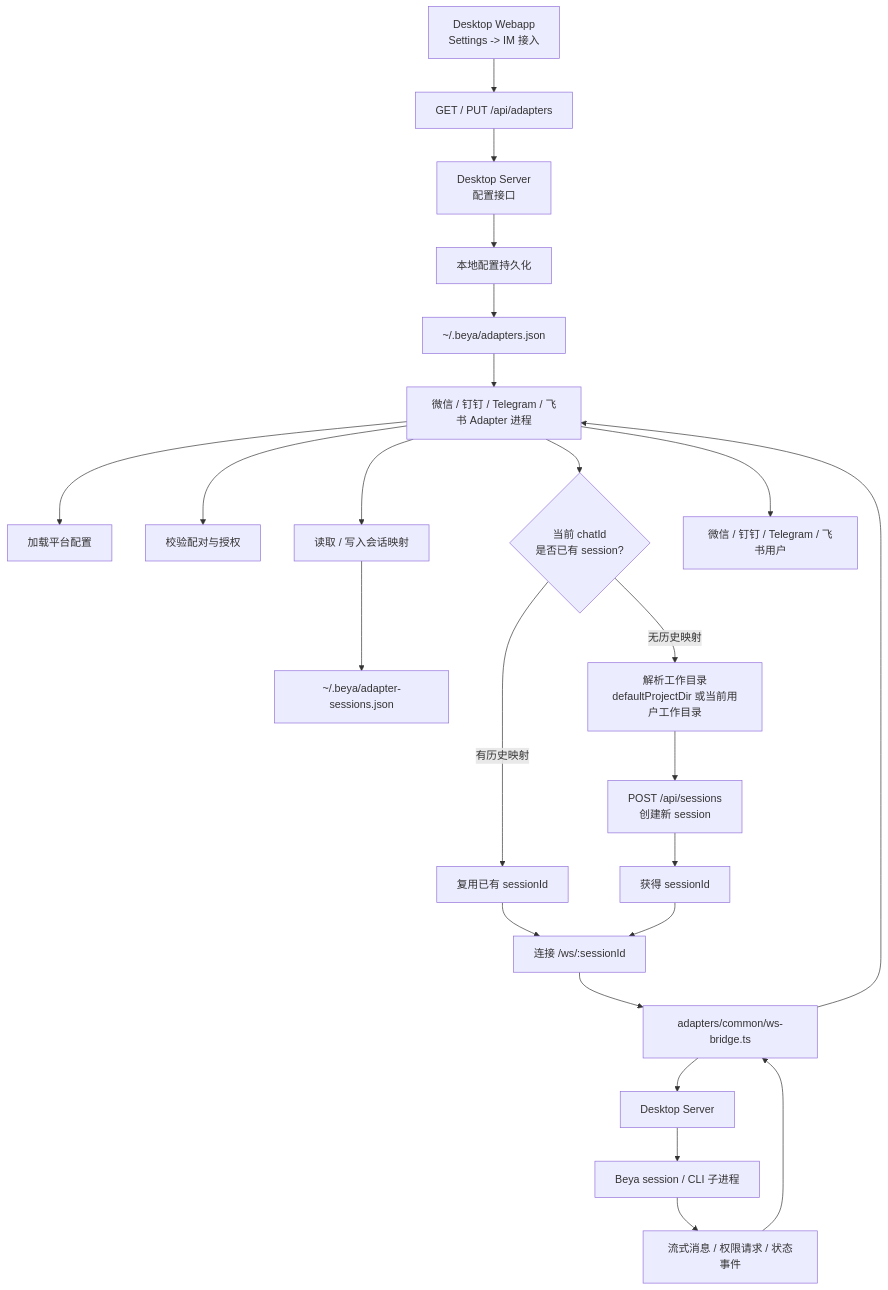
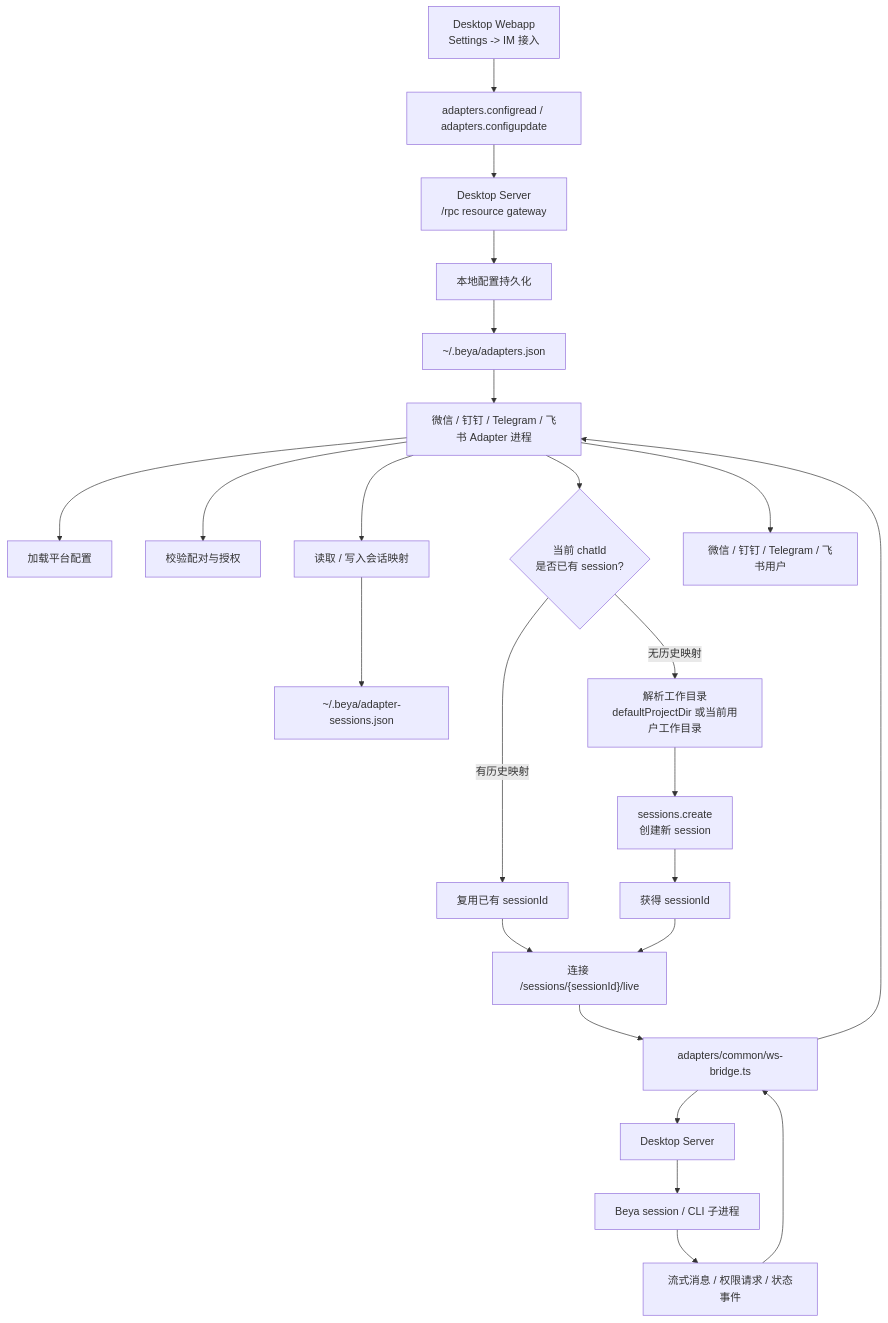
Before and after one commit to liangboqiang/beya: the diagram in docs/im/index.md, drawn with Mermaid. The commit also changed other lines of this file and 341 other files, not shown here.

First line of the commit message:
refactor: unify contract-driven architecture

````diff
--- a/docs/im/index.md
+++ b/docs/im/index.md
@@ -12,31 +12,31 @@
 ```mermaid
 flowchart TD
-    A["Desktop Webapp<br/>Settings -> IM 接入"] --> B["GET / PUT /api/adapters"]
-    B --> C["Desktop Server<br/>配置接口"]
+    A["Desktop Webapp<br/>Settings -> IM 接入"] --> B["adapters.configread / adapters.configupdate"]
+    B --> C["Desktop Server<br/>/rpc resource gateway"]
     C --> D["本地配置持久化"]
     D --> E["~/.beya/adapters.json"]
 
     E --> F["微信 / 钉钉 / Telegram / 飞书 Adapter 进程"]
     F --> G["加载平台配置"]
     F --> H["校验配对与授权"]
     F --> I["读取 / 写入会话映射"]
     I --> J["~/.beya/adapter-sessions.json"]
 
     F --> K{"当前 chatId<br/>是否已有 session?"}
     K -->|有历史映射| L["复用已有 sessionId"]
     K -->|无历史映射| M["解析工作目录<br/>defaultProjectDir 或当前用户工作目录"]
-    M --> N["POST /api/sessions<br/>创建新 session"]
+    M --> N["sessions.create<br/>创建新 session"]
 
     N --> Q["获得 sessionId"]
-    L --> R["连接 /ws/:sessionId"]
+    L --> R["连接 /sessions/{sessionId}/live"]
     Q --> R
 
     R --> S["adapters/common/ws-bridge.ts"]
     S --> T["Desktop Server"]
     T --> U["Beya session / CLI 子进程"]
 
     U --> V["流式消息 / 权限请求 / 状态事件"]
     V --> S
     S --> F
     F --> W["微信 / 钉钉 / Telegram / 飞书用户"]
 ```
````
